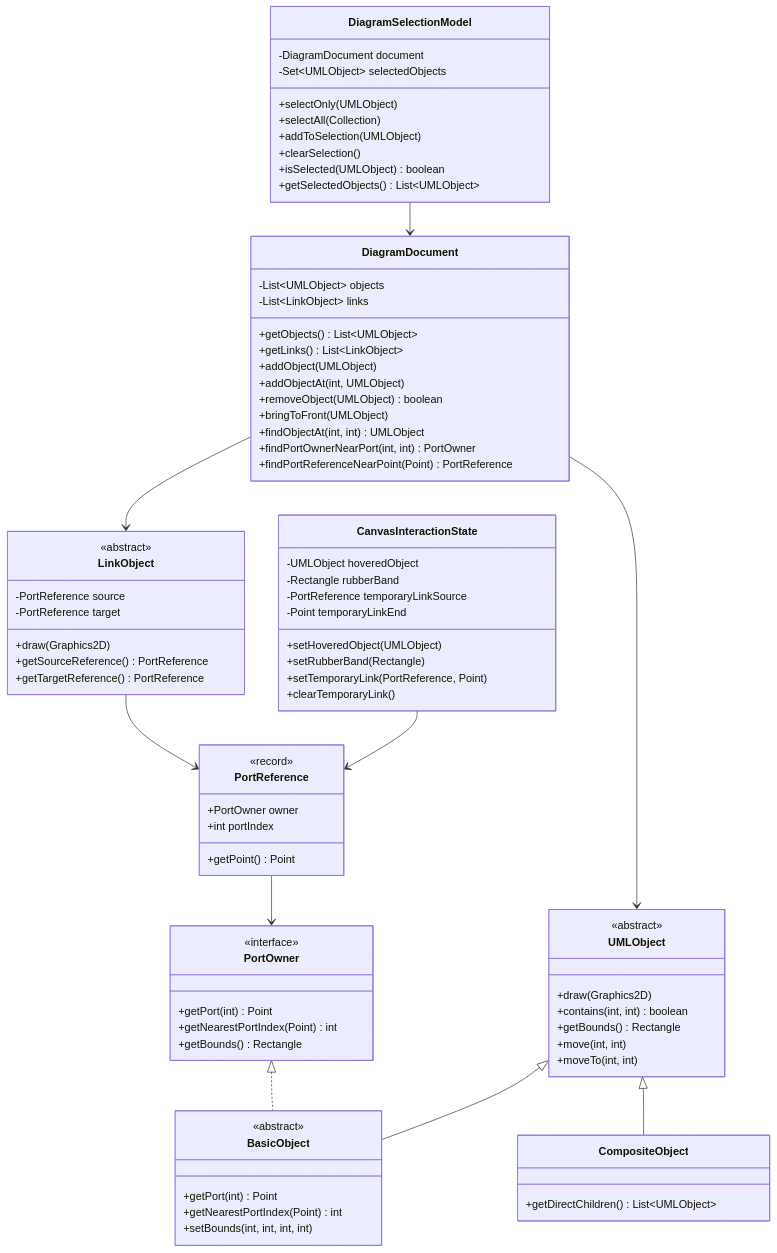
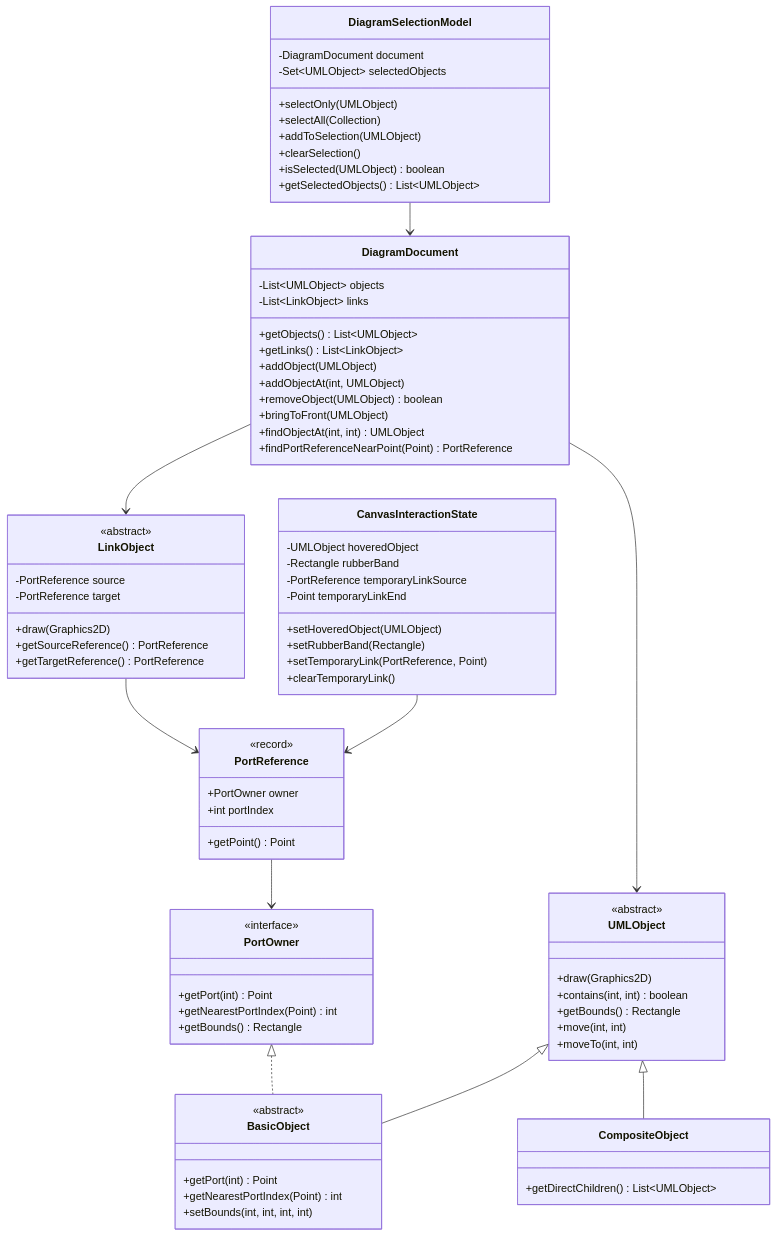
One commit to HsuChen88/UML-demo changed the second of 11 diagrams in diagram/refactored_architecture.md. Above: the diagram before and after it, drawn with Mermaid. The commit also changed other lines of this file and 7 other files, not shown here.

Commit message:
docs: update md and diagram

```diff
--- a/diagram/refactored_architecture.md
+++ b/diagram/refactored_architecture.md
@@ -112,7 +115,6 @@
         +removeObject(UMLObject) boolean
         +bringToFront(UMLObject)
         +findObjectAt(int, int) UMLObject
-        +findPortOwnerNearPort(int, int) PortOwner
         +findPortReferenceNearPoint(Point) PortReference
     }
 
```
